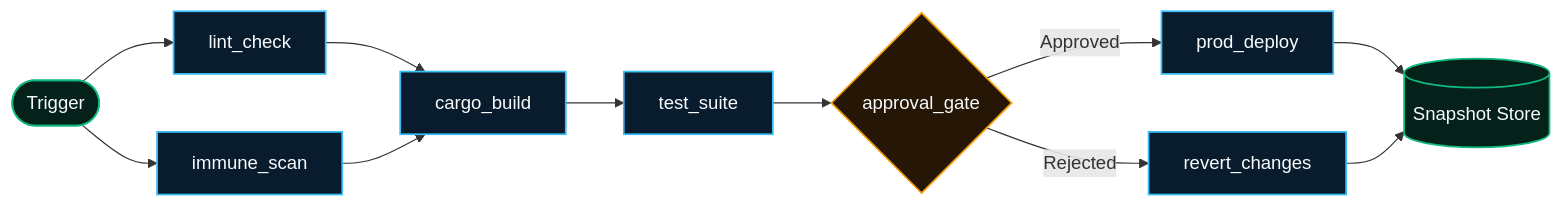
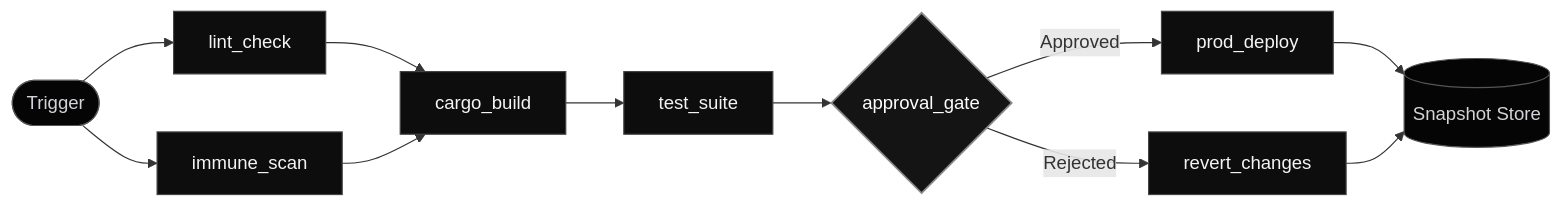
The diagram in src/routes/docs/workflows/+page.md (autonomic-ai-dev/website), drawn with Mermaid before and after one commit. The commit also changed 20 other files, not shown here.

First line of the commit message:
feat(ui): animate background, sync nav & footer, showcase brew & cargo, and fix monochromatic mermaid charts (#25)

````diff
--- a/src/routes/docs/workflows/+page.md
+++ b/src/routes/docs/workflows/+page.md
@@ -9,24 +9,24 @@
 ```mermaid
 flowchart LR
     Start(["Trigger"]) --> Lint["lint_check"]
     Start --> Scan["immune_scan"]
     
     Lint --> Build["cargo_build"]
     Scan --> Build
     
     Build --> Test["test_suite"]
     Test --> Gate{"approval_gate"}
     
     Gate -->|Approved| Deploy["prod_deploy"]
     Gate -->|Rejected| Rollback["revert_changes"]
 
     Deploy --> Snapshot[("Snapshot Store")]
     Rollback --> Snapshot
 
-    classDef exec fill:#081c2e,stroke:#38bdf8,stroke-width:1.5px,color:#f8fafc;
-    classDef gate fill:#261606,stroke:#f59e0b,stroke-width:1.5px,color:#f8fafc;
-    classDef terminal fill:#04211a,stroke:#10b981,stroke-width:1.5px,color:#f8fafc;
+    classDef exec fill:#0d0d0d,stroke:#444444,stroke-width:1px,color:#f4f4f5;
+    classDef gate fill:#141414,stroke:#888888,stroke-width:1.5px,color:#ffffff;
+    classDef terminal fill:#050505,stroke:#555555,stroke-width:1px,color:#d4d4d8;
     class Lint,Scan,Build,Test,Deploy,Rollback exec;
     class Gate gate;
     class Snapshot,Start terminal;
 ```
````
